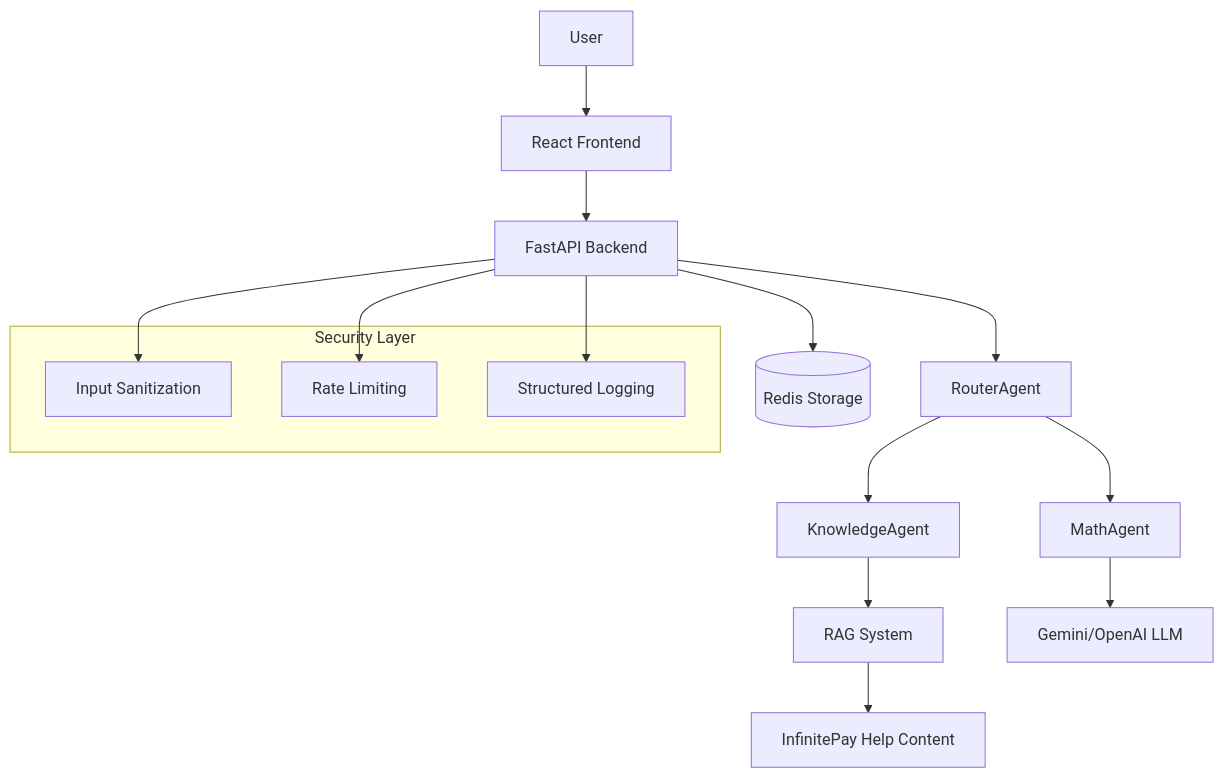
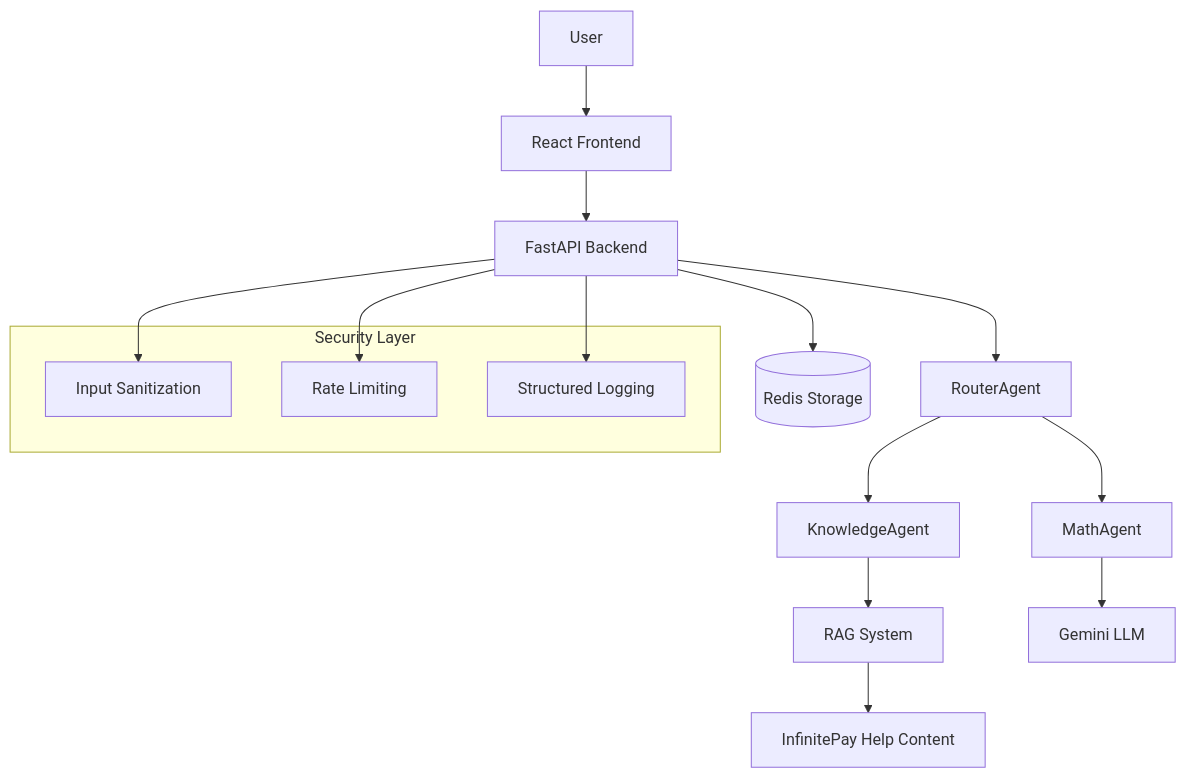
Before and after one commit to h7seiji/Modular-Chatbot: the diagram in README.md, drawn with Mermaid. The commit also changed other lines of this file and 29 other files, not shown here.

````diff
--- a/README.md
+++ b/README.md
@@ -120,22 +112,22 @@
 ```mermaid
 graph TB
     User[User] --> Frontend[React Frontend]
     Frontend --> API[FastAPI Backend]
     API --> Router[RouterAgent]
     Router --> Math[MathAgent]
     Router --> Knowledge[KnowledgeAgent]
     API --> Redis[(Redis Storage)]
     Knowledge --> RAG[RAG System]
     RAG --> InfinitePay[InfinitePay Help Content]
-    Math --> LLM[Gemini/OpenAI LLM]
+    Math --> LLM[Gemini LLM]
     
     subgraph "Security Layer"
         Security[Input Sanitization]
         RateLimit[Rate Limiting]
         Logging[Structured Logging]
     end
     
     API --> Security
     API --> RateLimit
     API --> Logging
 ```
````
